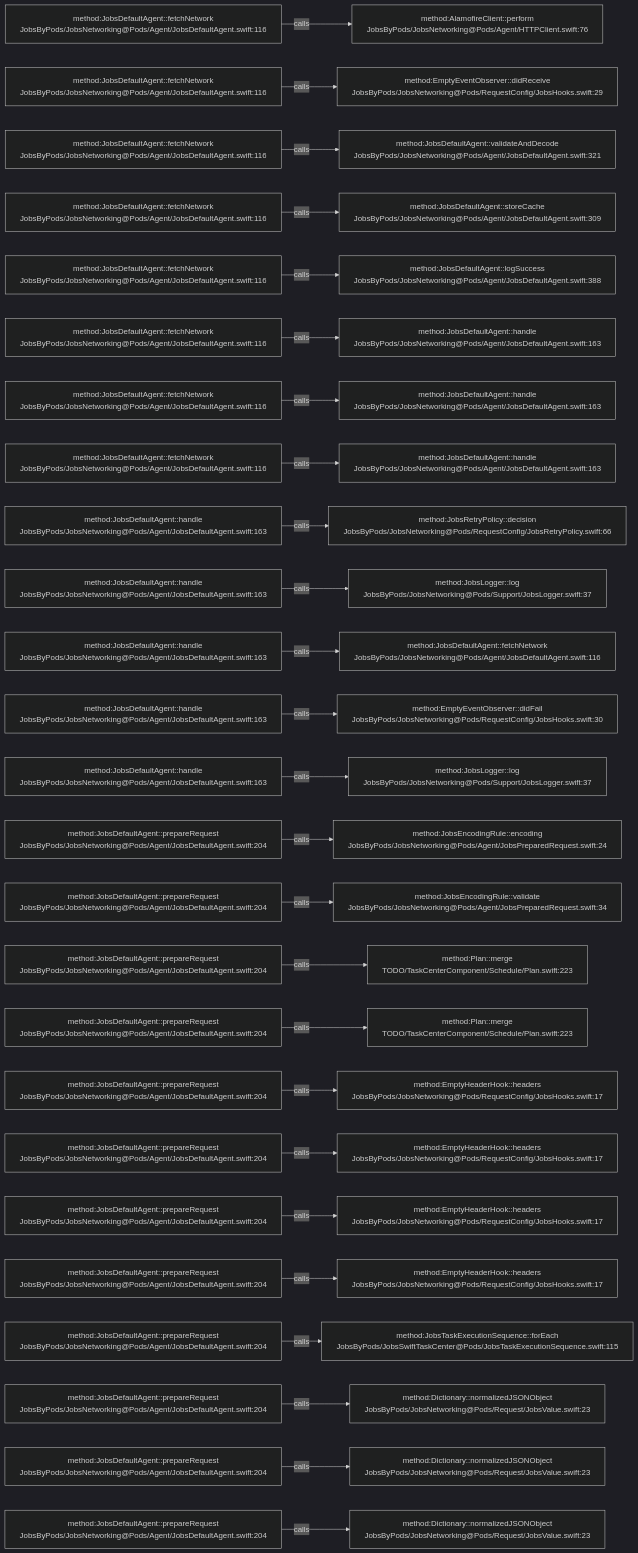
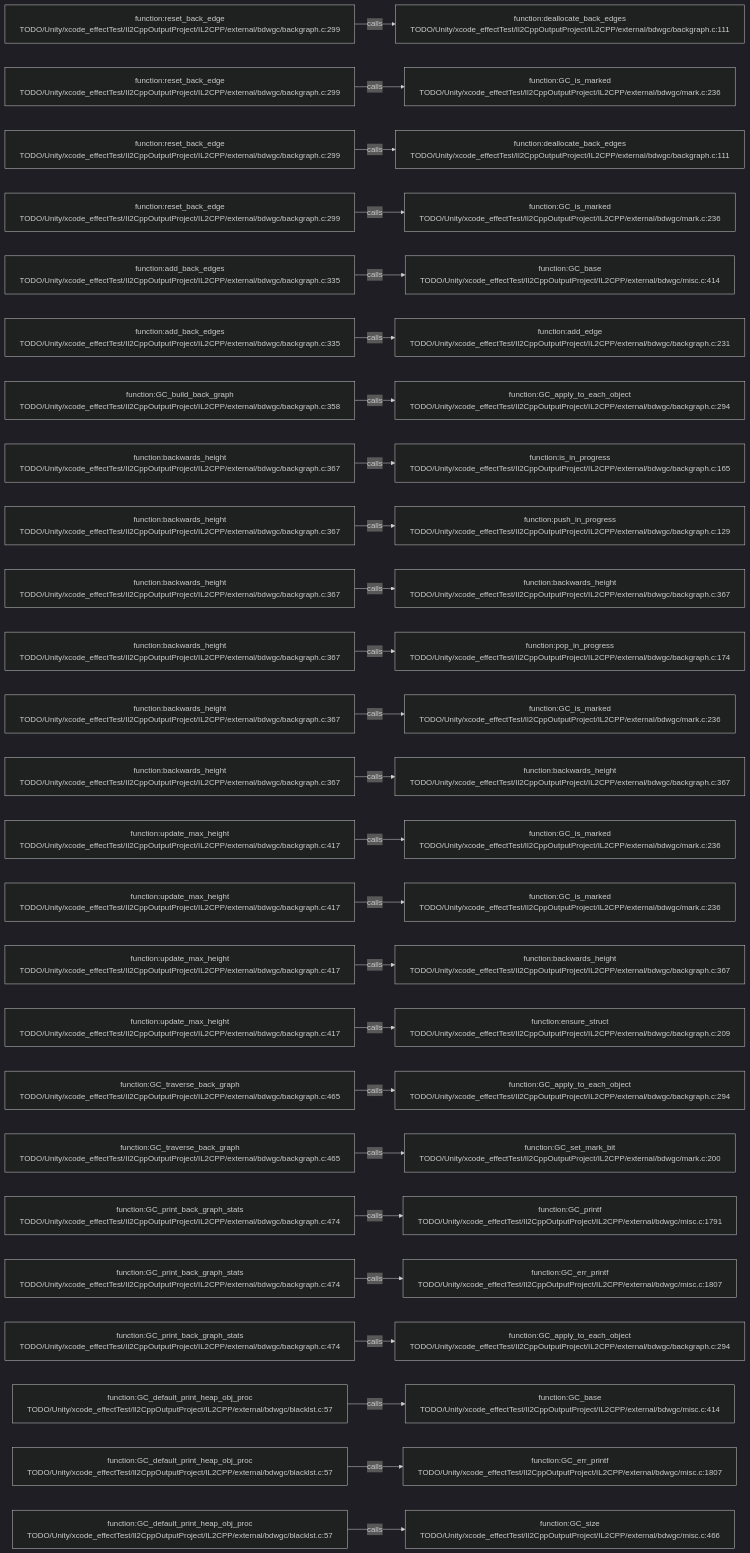
One commit to JobsKits/JobsSwiftBaseConfigDemo changed the diagram in .codegraph/codegraph.md/graphs/calls-148.md. Above: the diagram before and after it, drawn with Mermaid (dark theme). The commit also changed 569 other files, not shown here.

````diff
--- a/.codegraph/codegraph.md/graphs/calls-148.md
+++ b/.codegraph/codegraph.md/graphs/calls-148.md
@@ -13,78 +13,78 @@
 ```mermaid
 flowchart LR
-  S1["method:JobsDefaultAgent::fetchNetwork<br/>JobsByPods/JobsNetworking@Pods/Agent/JobsDefaultAgent.swift:116"]
-  T1["method:AlamofireClient::perform<br/>JobsByPods/JobsNetworking@Pods/Agent/HTTPClient.swift:76"]
+  S1["function:reset_back_edge<br/>TODO/Unity/xcode_effectTest/Il2CppOutputProject/IL2CPP/external/bdwgc/backgraph.c:299"]
+  T1["function:deallocate_back_edges<br/>TODO/Unity/xcode_effectTest/Il2CppOutputProject/IL2CPP/external/bdwgc/backgraph.c:111"]
   S1 -->|calls| T1
-  S2["method:JobsDefaultAgent::fetchNetwork<br/>JobsByPods/JobsNetworking@Pods/Agent/JobsDefaultAgent.swift:116"]
-  T2["method:EmptyEventObserver::didReceive<br/>JobsByPods/JobsNetworking@Pods/RequestConfig/JobsHooks.swift:29"]
+  S2["function:reset_back_edge<br/>TODO/Unity/xcode_effectTest/Il2CppOutputProject/IL2CPP/external/bdwgc/backgraph.c:299"]
+  T2["function:GC_is_marked<br/>TODO/Unity/xcode_effectTest/Il2CppOutputProject/IL2CPP/external/bdwgc/mark.c:236"]
   S2 -->|calls| T2
-  S3["method:JobsDefaultAgent::fetchNetwork<br/>JobsByPods/JobsNetworking@Pods/Agent/JobsDefaultAgent.swift:116"]
-  T3["method:JobsDefaultAgent::validateAndDecode<br/>JobsByPods/JobsNetworking@Pods/Agent/JobsDefaultAgent.swift:321"]
+  S3["function:reset_back_edge<br/>TODO/Unity/xcode_effectTest/Il2CppOutputProject/IL2CPP/external/bdwgc/backgraph.c:299"]
+  T3["function:deallocate_back_edges<br/>TODO/Unity/xcode_effectTest/Il2CppOutputProject/IL2CPP/external/bdwgc/backgraph.c:111"]
   S3 -->|calls| T3
-  S4["method:JobsDefaultAgent::fetchNetwork<br/>JobsByPods/JobsNetworking@Pods/Agent/JobsDefaultAgent.swift:116"]
-  T4["method:JobsDefaultAgent::storeCache<br/>JobsByPods/JobsNetworking@Pods/Agent/JobsDefaultAgent.swift:309"]
+  S4["function:reset_back_edge<br/>TODO/Unity/xcode_effectTest/Il2CppOutputProject/IL2CPP/external/bdwgc/backgraph.c:299"]
+  T4["function:GC_is_marked<br/>TODO/Unity/xcode_effectTest/Il2CppOutputProject/IL2CPP/external/bdwgc/mark.c:236"]
   S4 -->|calls| T4
-  S5["method:JobsDefaultAgent::fetchNetwork<br/>JobsByPods/JobsNetworking@Pods/Agent/JobsDefaultAgent.swift:116"]
-  T5["method:JobsDefaultAgent::logSuccess<br/>JobsByPods/JobsNetworking@Pods/Agent/JobsDefaultAgent.swift:388"]
+  S5["function:add_back_edges<br/>TODO/Unity/xcode_effectTest/Il2CppOutputProject/IL2CPP/external/bdwgc/backgraph.c:335"]
+  T5["function:GC_base<br/>TODO/Unity/xcode_effectTest/Il2CppOutputProject/IL2CPP/external/bdwgc/misc.c:414"]
   S5 -->|calls| T5
-  S6["method:JobsDefaultAgent::fetchNetwork<br/>JobsByPods/JobsNetworking@Pods/Agent/JobsDefaultAgent.swift:116"]
-  T6["method:JobsDefaultAgent::handle<br/>JobsByPods/JobsNetworking@Pods/Agent/JobsDefaultAgent.swift:163"]
+  S6["function:add_back_edges<br/>TODO/Unity/xcode_effectTest/Il2CppOutputProject/IL2CPP/external/bdwgc/backgraph.c:335"]
+  T6["function:add_edge<br/>TODO/Unity/xcode_effectTest/Il2CppOutputProject/IL2CPP/external/bdwgc/backgraph.c:231"]
   S6 -->|calls| T6
-  S7["method:JobsDefaultAgent::fetchNetwork<br/>JobsByPods/JobsNetworking@Pods/Agent/JobsDefaultAgent.swift:116"]
-  T7["method:JobsDefaultAgent::handle<br/>JobsByPods/JobsNetworking@Pods/Agent/JobsDefaultAgent.swift:163"]
+  S7["function:GC_build_back_graph<br/>TODO/Unity/xcode_effectTest/Il2CppOutputProject/IL2CPP/external/bdwgc/backgraph.c:358"]
+  T7["function:GC_apply_to_each_object<br/>TODO/Unity/xcode_effectTest/Il2CppOutputProject/IL2CPP/external/bdwgc/backgraph.c:294"]
   S7 -->|calls| T7
-  S8["method:JobsDefaultAgent::fetchNetwork<br/>JobsByPods/JobsNetworking@Pods/Agent/JobsDefaultAgent.swift:116"]
-  T8["method:JobsDefaultAgent::handle<br/>JobsByPods/JobsNetworking@Pods/Agent/JobsDefaultAgent.swift:163"]
+  S8["function:backwards_height<br/>TODO/Unity/xcode_effectTest/Il2CppOutputProject/IL2CPP/external/bdwgc/backgraph.c:367"]
+  T8["function:is_in_progress<br/>TODO/Unity/xcode_effectTest/Il2CppOutputProject/IL2CPP/external/bdwgc/backgraph.c:165"]
   S8 -->|calls| T8
-  S9["method:JobsDefaultAgent::handle<br/>JobsByPods/JobsNetworking@Pods/Agent/JobsDefaultAgent.swift:163"]
-  T9["method:JobsRetryPolicy::decision<br/>JobsByPods/JobsNetworking@Pods/RequestConfig/JobsRetryPolicy.swift:66"]
+  S9["function:backwards_height<br/>TODO/Unity/xcode_effectTest/Il2CppOutputProject/IL2CPP/external/bdwgc/backgraph.c:367"]
+  T9["function:push_in_progress<br/>TODO/Unity/xcode_effectTest/Il2CppOutputProject/IL2CPP/external/bdwgc/backgraph.c:129"]
   S9 -->|calls| T9
-  S10["method:JobsDefaultAgent::handle<br/>JobsByPods/JobsNetworking@Pods/Agent/JobsDefaultAgent.swift:163"]
-  T10["method:JobsLogger::log<br/>JobsByPods/JobsNetworking@Pods/Support/JobsLogger.swift:37"]
+  S10["function:backwards_height<br/>TODO/Unity/xcode_effectTest/Il2CppOutputProject/IL2CPP/external/bdwgc/backgraph.c:367"]
+  T10["function:backwards_height<br/>TODO/Unity/xcode_effectTest/Il2CppOutputProject/IL2CPP/external/bdwgc/backgraph.c:367"]
   S10 -->|calls| T10
-  S11["method:JobsDefaultAgent::handle<br/>JobsByPods/JobsNetworking@Pods/Agent/JobsDefaultAgent.swift:163"]
-  T11["method:JobsDefaultAgent::fetchNetwork<br/>JobsByPods/JobsNetworking@Pods/Agent/JobsDefaultAgent.swift:116"]
+  S11["function:backwards_height<br/>TODO/Unity/xcode_effectTest/Il2CppOutputProject/IL2CPP/external/bdwgc/backgraph.c:367"]
+  T11["function:pop_in_progress<br/>TODO/Unity/xcode_effectTest/Il2CppOutputProject/IL2CPP/external/bdwgc/backgraph.c:174"]
   S11 -->|calls| T11
-  S12["method:JobsDefaultAgent::handle<br/>JobsByPods/JobsNetworking@Pods/Agent/JobsDefaultAgent.swift:163"]
-  T12["method:EmptyEventObserver::didFail<br/>JobsByPods/JobsNetworking@Pods/RequestConfig/JobsHooks.swift:30"]
+  S12["function:backwards_height<br/>TODO/Unity/xcode_effectTest/Il2CppOutputProject/IL2CPP/external/bdwgc/backgraph.c:367"]
+  T12["function:GC_is_marked<br/>TODO/Unity/xcode_effectTest/Il2CppOutputProject/IL2CPP/external/bdwgc/mark.c:236"]
   S12 -->|calls| T12
-  S13["method:JobsDefaultAgent::handle<br/>JobsByPods/JobsNetworking@Pods/Agent/JobsDefaultAgent.swift:163"]
-  T13["method:JobsLogger::log<br/>JobsByPods/JobsNetworking@Pods/Support/JobsLogger.swift:37"]
+  S13["function:backwards_height<br/>TODO/Unity/xcode_effectTest/Il2CppOutputProject/IL2CPP/external/bdwgc/backgraph.c:367"]
+  T13["function:backwards_height<br/>TODO/Unity/xcode_effectTest/Il2CppOutputProject/IL2CPP/external/bdwgc/backgraph.c:367"]
   S13 -->|calls| T13
-  S14["method:JobsDefaultAgent::prepareRequest<br/>JobsByPods/JobsNetworking@Pods/Agent/JobsDefaultAgent.swift:204"]
-  T14["method:JobsEncodingRule::encoding<br/>JobsByPods/JobsNetworking@Pods/Agent/JobsPreparedRequest.swift:24"]
+  S14["function:update_max_height<br/>TODO/Unity/xcode_effectTest/Il2CppOutputProject/IL2CPP/external/bdwgc/backgraph.c:417"]
+  T14["function:GC_is_marked<br/>TODO/Unity/xcode_effectTest/Il2CppOutputProject/IL2CPP/external/bdwgc/mark.c:236"]
   S14 -->|calls| T14
-  S15["method:JobsDefaultAgent::prepareRequest<br/>JobsByPods/JobsNetworking@Pods/Agent/JobsDefaultAgent.swift:204"]
-  T15["method:JobsEncodingRule::validate<br/>JobsByPods/JobsNetworking@Pods/Agent/JobsPreparedRequest.swift:34"]
+  S15["function:update_max_height<br/>TODO/Unity/xcode_effectTest/Il2CppOutputProject/IL2CPP/external/bdwgc/backgraph.c:417"]
+  T15["function:GC_is_marked<br/>TODO/Unity/xcode_effectTest/Il2CppOutputProject/IL2CPP/external/bdwgc/mark.c:236"]
   S15 -->|calls| T15
-  S16["method:JobsDefaultAgent::prepareRequest<br/>JobsByPods/JobsNetworking@Pods/Agent/JobsDefaultAgent.swift:204"]
-  T16["method:Plan::merge<br/>TODO/TaskCenterComponent/Schedule/Plan.swift:223"]
+  S16["function:update_max_height<br/>TODO/Unity/xcode_effectTest/Il2CppOutputProject/IL2CPP/external/bdwgc/backgraph.c:417"]
+  T16["function:backwards_height<br/>TODO/Unity/xcode_effectTest/Il2CppOutputProject/IL2CPP/external/bdwgc/backgraph.c:367"]
   S16 -->|calls| T16
-  S17["method:JobsDefaultAgent::prepareRequest<br/>JobsByPods/JobsNetworking@Pods/Agent/JobsDefaultAgent.swift:204"]
-  T17["method:Plan::merge<br/>TODO/TaskCenterComponent/Schedule/Plan.swift:223"]
+  S17["function:update_max_height<br/>TODO/Unity/xcode_effectTest/Il2CppOutputProject/IL2CPP/external/bdwgc/backgraph.c:417"]
+  T17["function:ensure_struct<br/>TODO/Unity/xcode_effectTest/Il2CppOutputProject/IL2CPP/external/bdwgc/backgraph.c:209"]
   S17 -->|calls| T17
-  S18["method:JobsDefaultAgent::prepareRequest<br/>JobsByPods/JobsNetworking@Pods/Agent/JobsDefaultAgent.swift:204"]
-  T18["method:EmptyHeaderHook::headers<br/>JobsByPods/JobsNetworking@Pods/RequestConfig/JobsHooks.swift:17"]
+  S18["function:GC_traverse_back_graph<br/>TODO/Unity/xcode_effectTest/Il2CppOutputProject/IL2CPP/external/bdwgc/backgraph.c:465"]
+  T18["function:GC_apply_to_each_object<br/>TODO/Unity/xcode_effectTest/Il2CppOutputProject/IL2CPP/external/bdwgc/backgraph.c:294"]
   S18 -->|calls| T18
-  S19["method:JobsDefaultAgent::prepareRequest<br/>JobsByPods/JobsNetworking@Pods/Agent/JobsDefaultAgent.swift:204"]
-  T19["method:EmptyHeaderHook::headers<br/>JobsByPods/JobsNetworking@Pods/RequestConfig/JobsHooks.swift:17"]
+  S19["function:GC_traverse_back_graph<br/>TODO/Unity/xcode_effectTest/Il2CppOutputProject/IL2CPP/external/bdwgc/backgraph.c:465"]
+  T19["function:GC_set_mark_bit<br/>TODO/Unity/xcode_effectTest/Il2CppOutputProject/IL2CPP/external/bdwgc/mark.c:200"]
   S19 -->|calls| T19
-  S20["method:JobsDefaultAgent::prepareRequest<br/>JobsByPods/JobsNetworking@Pods/Agent/JobsDefaultAgent.swift:204"]
-  T20["method:EmptyHeaderHook::headers<br/>JobsByPods/JobsNetworking@Pods/RequestConfig/JobsHooks.swift:17"]
+  S20["function:GC_print_back_graph_stats<br/>TODO/Unity/xcode_effectTest/Il2CppOutputProject/IL2CPP/external/bdwgc/backgraph.c:474"]
+  T20["function:GC_printf<br/>TODO/Unity/xcode_effectTest/Il2CppOutputProject/IL2CPP/external/bdwgc/misc.c:1791"]
   S20 -->|calls| T20
-  S21["method:JobsDefaultAgent::prepareRequest<br/>JobsByPods/JobsNetworking@Pods/Agent/JobsDefaultAgent.swift:204"]
-  T21["method:EmptyHeaderHook::headers<br/>JobsByPods/JobsNetworking@Pods/RequestConfig/JobsHooks.swift:17"]
+  S21["function:GC_print_back_graph_stats<br/>TODO/Unity/xcode_effectTest/Il2CppOutputProject/IL2CPP/external/bdwgc/backgraph.c:474"]
+  T21["function:GC_err_printf<br/>TODO/Unity/xcode_effectTest/Il2CppOutputProject/IL2CPP/external/bdwgc/misc.c:1807"]
   S21 -->|calls| T21
-  S22["method:JobsDefaultAgent::prepareRequest<br/>JobsByPods/JobsNetworking@Pods/Agent/JobsDefaultAgent.swift:204"]
-  T22["method:JobsTaskExecutionSequence::forEach<br/>JobsByPods/JobsSwiftTaskCenter@Pods/JobsTaskExecutionSequence.swift:115"]
+  S22["function:GC_print_back_graph_stats<br/>TODO/Unity/xcode_effectTest/Il2CppOutputProject/IL2CPP/external/bdwgc/backgraph.c:474"]
+  T22["function:GC_apply_to_each_object<br/>TODO/Unity/xcode_effectTest/Il2CppOutputProject/IL2CPP/external/bdwgc/backgraph.c:294"]
   S22 -->|calls| T22
-  S23["method:JobsDefaultAgent::prepareRequest<br/>JobsByPods/JobsNetworking@Pods/Agent/JobsDefaultAgent.swift:204"]
-  T23["method:Dictionary::normalizedJSONObject<br/>JobsByPods/JobsNetworking@Pods/Request/JobsValue.swift:23"]
+  S23["function:GC_default_print_heap_obj_proc<br/>TODO/Unity/xcode_effectTest/Il2CppOutputProject/IL2CPP/external/bdwgc/blacklst.c:57"]
+  T23["function:GC_base<br/>TODO/Unity/xcode_effectTest/Il2CppOutputProject/IL2CPP/external/bdwgc/misc.c:414"]
   S23 -->|calls| T23
-  S24["method:JobsDefaultAgent::prepareRequest<br/>JobsByPods/JobsNetworking@Pods/Agent/JobsDefaultAgent.swift:204"]
-  T24["method:Dictionary::normalizedJSONObject<br/>JobsByPods/JobsNetworking@Pods/Request/JobsValue.swift:23"]
+  S24["function:GC_default_print_heap_obj_proc<br/>TODO/Unity/xcode_effectTest/Il2CppOutputProject/IL2CPP/external/bdwgc/blacklst.c:57"]
+  T24["function:GC_err_printf<br/>TODO/Unity/xcode_effectTest/Il2CppOutputProject/IL2CPP/external/bdwgc/misc.c:1807"]
   S24 -->|calls| T24
-  S25["method:JobsDefaultAgent::prepareRequest<br/>JobsByPods/JobsNetworking@Pods/Agent/JobsDefaultAgent.swift:204"]
-  T25["method:Dictionary::normalizedJSONObject<br/>JobsByPods/JobsNetworking@Pods/Request/JobsValue.swift:23"]
+  S25["function:GC_default_print_heap_obj_proc<br/>TODO/Unity/xcode_effectTest/Il2CppOutputProject/IL2CPP/external/bdwgc/blacklst.c:57"]
+  T25["function:GC_size<br/>TODO/Unity/xcode_effectTest/Il2CppOutputProject/IL2CPP/external/bdwgc/misc.c:466"]
   S25 -->|calls| T25
 ```
````
